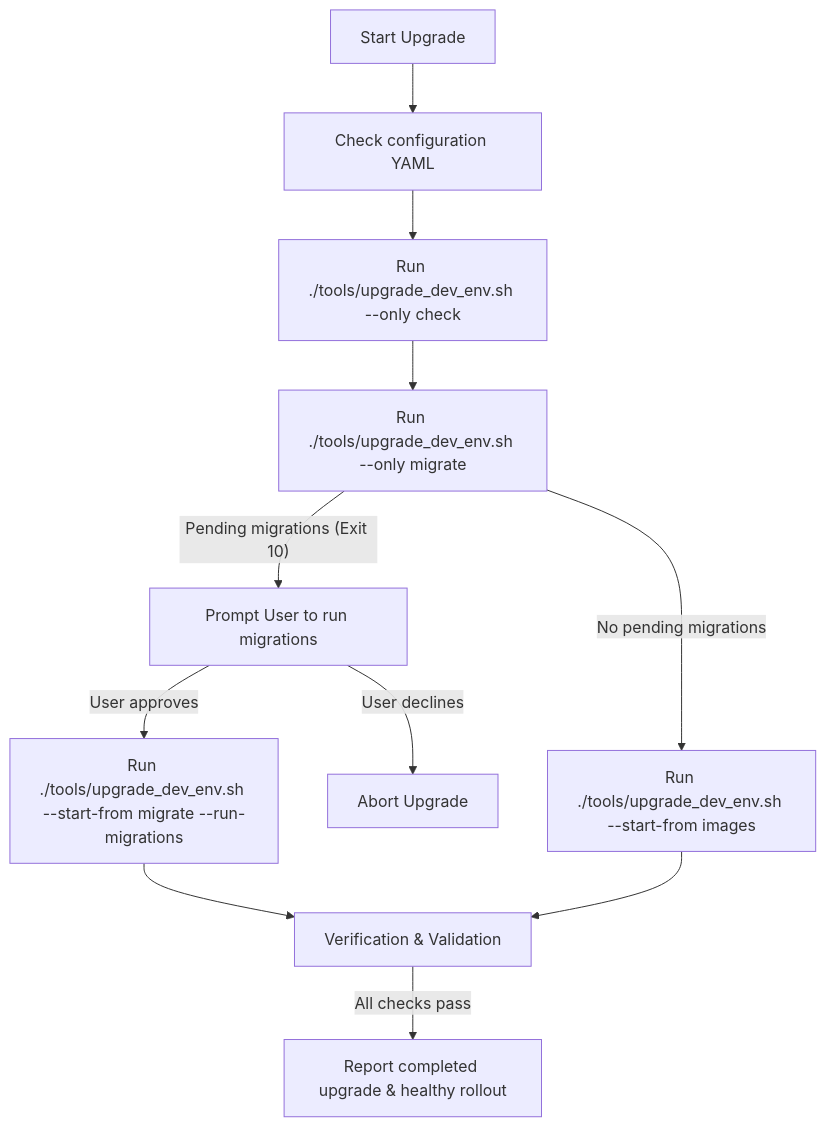
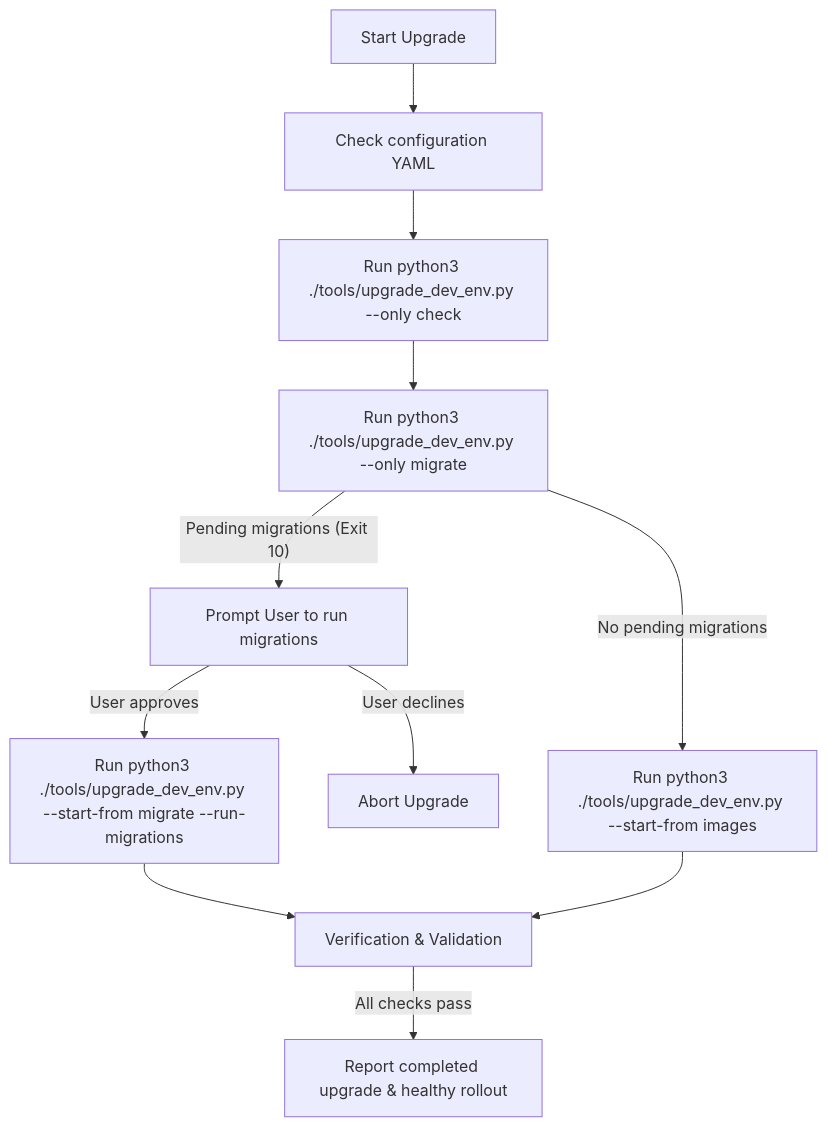
The diagram in .agents/skills/upgrade_xmc/SKILL.md (google/xmc), drawn with Mermaid before and after one commit. The commit also changed other lines of this file and 6 other files, not shown here.

First line of the commit message:
Migrate upgrade_dev_env.sh to upgrade_dev_env.py

````diff
--- a/.agents/skills/upgrade_xmc/SKILL.md
+++ b/.agents/skills/upgrade_xmc/SKILL.md
@@ -10,13 +10,13 @@
 ```mermaid
 graph TD
     Start[Start Upgrade] --> CheckEnv["Check configuration YAML"]
-    CheckEnv --> CheckRun["Run ./tools/upgrade_dev_env.sh --only check"]
-    CheckRun --> MigrateCheck["Run ./tools/upgrade_dev_env.sh --only migrate"]
-    MigrateCheck -->|No pending migrations| AutoRun["Run ./tools/upgrade_dev_env.sh --start-from images"]
+    CheckEnv --> CheckRun["Run python3 ./tools/upgrade_dev_env.py --only check"]
+    CheckRun --> MigrateCheck["Run python3 ./tools/upgrade_dev_env.py --only migrate"]
+    MigrateCheck -->|No pending migrations| AutoRun["Run python3 ./tools/upgrade_dev_env.py --start-from images"]
     MigrateCheck -->|"Pending migrations (Exit 10)"| PromptUser["Prompt User to run migrations"]
     PromptUser -->|User declines| Abort["Abort Upgrade"]
-    PromptUser -->|User approves| AutoRunMigrate["Run ./tools/upgrade_dev_env.sh --start-from migrate --run-migrations"]
+    PromptUser -->|User approves| AutoRunMigrate["Run python3 ./tools/upgrade_dev_env.py --start-from migrate --run-migrations"]
     AutoRunMigrate --> Verify["Verification & Validation"]
     AutoRun --> Verify
     Verify -->|All checks pass| L["Report completed upgrade & healthy rollout"]
 ```
````
